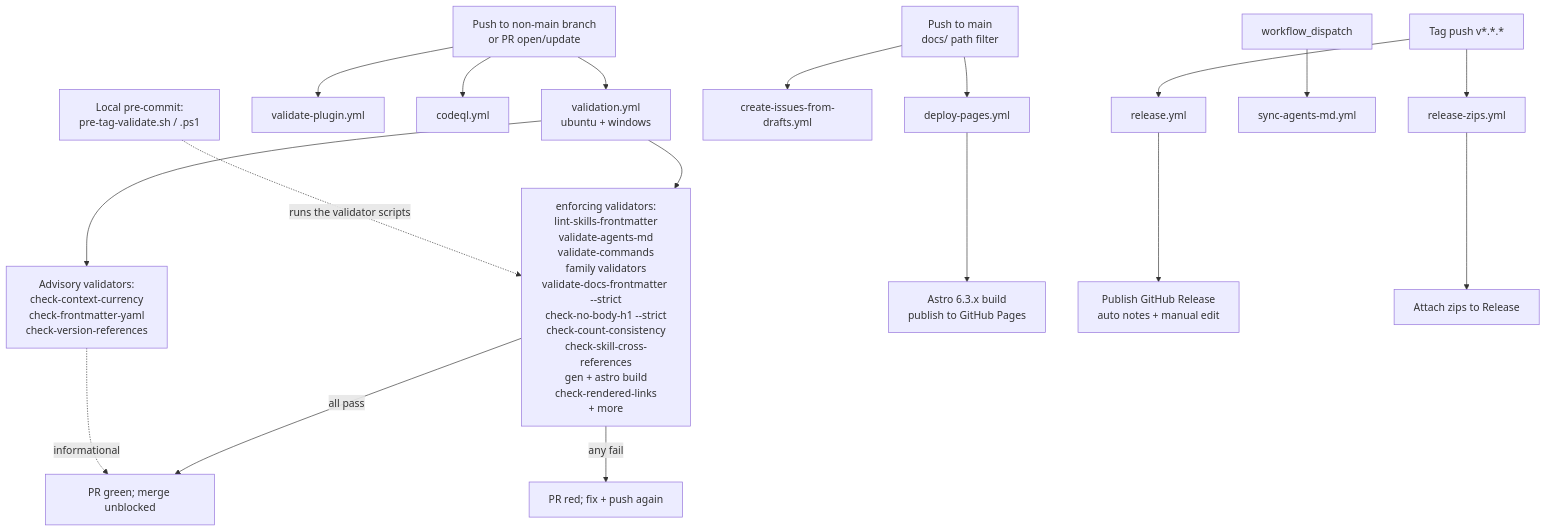
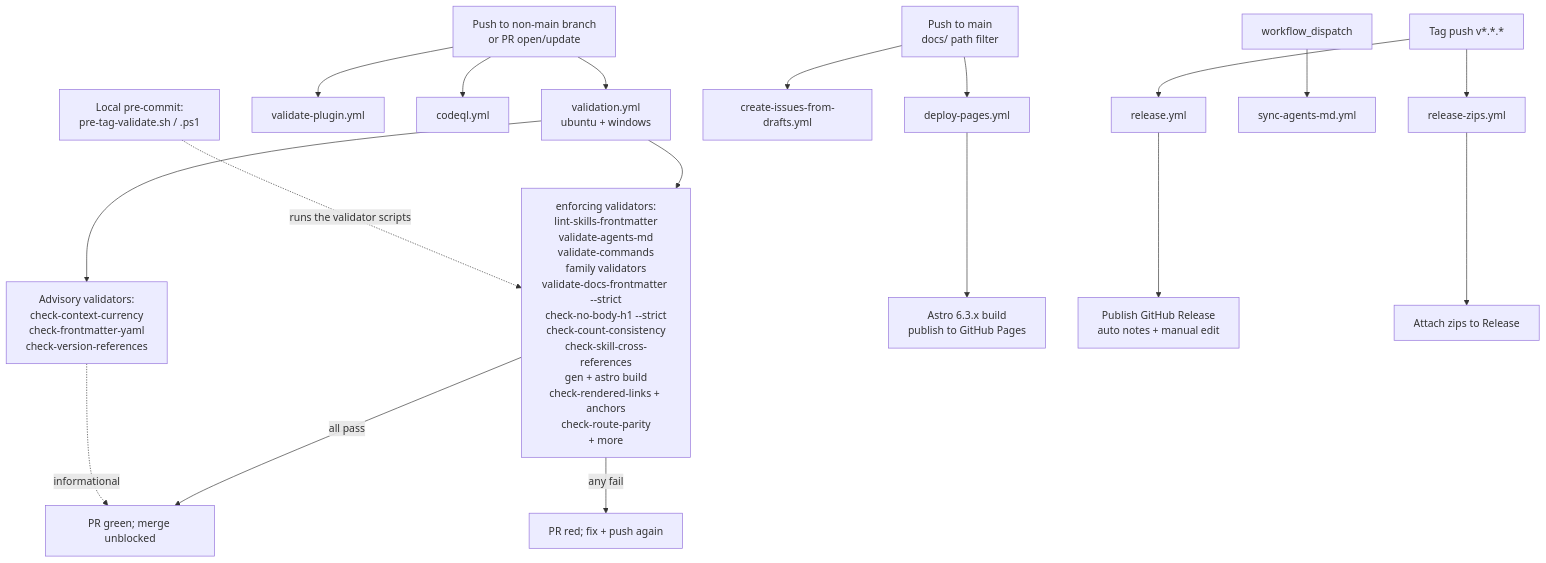
The diagram in site/src/content/docs/contributing/ci-overview.md (product-on-purpose/pm-skills), drawn with Mermaid before and after one commit. The commit also changed other lines of this file and 6 other files, not shown here.

First line of the commit message:
chore(ci): route-parity + anchor-resolution gates; harden rendered-link checker (#159)

````diff
--- a/site/src/content/docs/contributing/ci-overview.md
+++ b/site/src/content/docs/contributing/ci-overview.md
@@ -23,27 +23,27 @@
 ```mermaid
 flowchart TD
     PushPR[Push to non-main branch<br/>or PR open/update] --> Validation[validation.yml<br/>ubuntu + windows]
     PushPR --> Plugin[validate-plugin.yml]
     PushPR --> CodeQL[codeql.yml]
 
     PushMain[Push to main<br/>docs/ path filter] --> Pages[deploy-pages.yml]
     PushMain --> Drafts[create-issues-from-drafts.yml]
 
     TagPush[Tag push v*.*.*] --> Release[release.yml]
     TagPush --> Zips[release-zips.yml]
 
     Manual[workflow_dispatch] --> SyncAgents[sync-agents-md.yml]
 
-    Validation --> Enforcing[enforcing validators:<br/>lint-skills-frontmatter<br/>validate-agents-md<br/>validate-commands<br/>family validators<br/>validate-docs-frontmatter --strict<br/>check-no-body-h1 --strict<br/>check-count-consistency<br/>check-skill-cross-references<br/>gen + astro build<br/>check-rendered-links<br/>+ more]
+    Validation --> Enforcing[enforcing validators:<br/>lint-skills-frontmatter<br/>validate-agents-md<br/>validate-commands<br/>family validators<br/>validate-docs-frontmatter --strict<br/>check-no-body-h1 --strict<br/>check-count-consistency<br/>check-skill-cross-references<br/>gen + astro build<br/>check-rendered-links + anchors<br/>check-route-parity<br/>+ more]
     Validation --> Advisory[Advisory validators:<br/>check-context-currency<br/>check-frontmatter-yaml<br/>check-version-references]
 
     Enforcing -->|all pass| Green[PR green; merge unblocked]
     Enforcing -->|any fail| Red[PR red; fix + push again]
     Advisory -.->|informational| Green
 
     Pages --> Site[Astro 6.3.x build<br/>publish to GitHub Pages]
     Release --> GH[Publish GitHub Release<br/>auto notes + manual edit]
     Zips --> Artifacts[Attach zips to Release]
 
     Local[Local pre-commit:<br/>pre-tag-validate.sh / .ps1] -.->|runs the validator scripts| Enforcing
 ```
````
